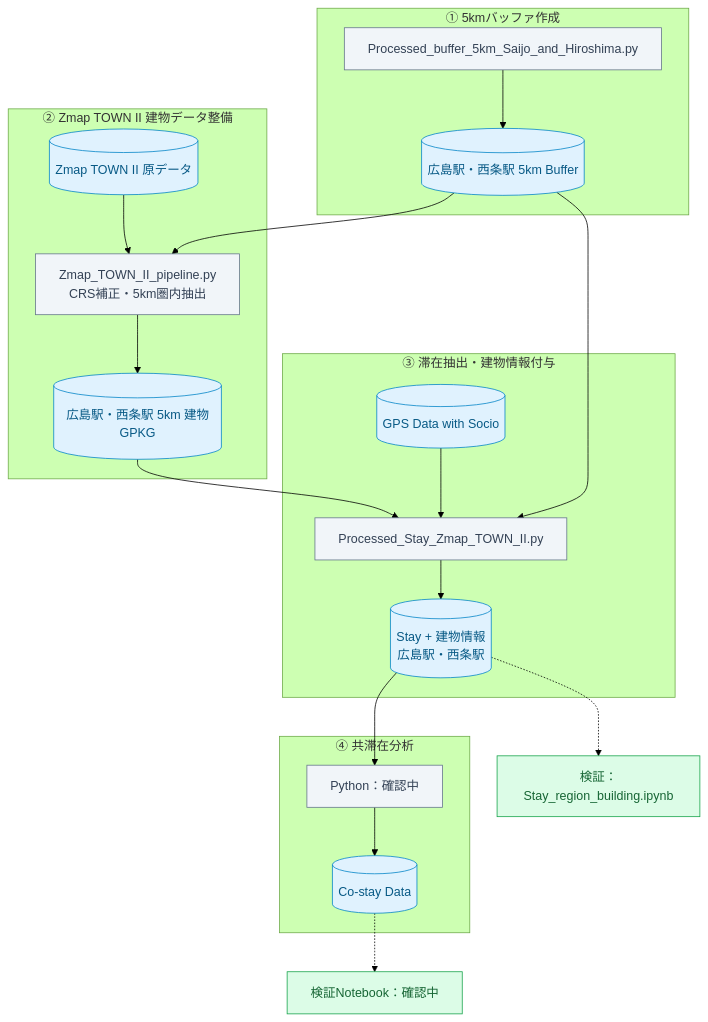
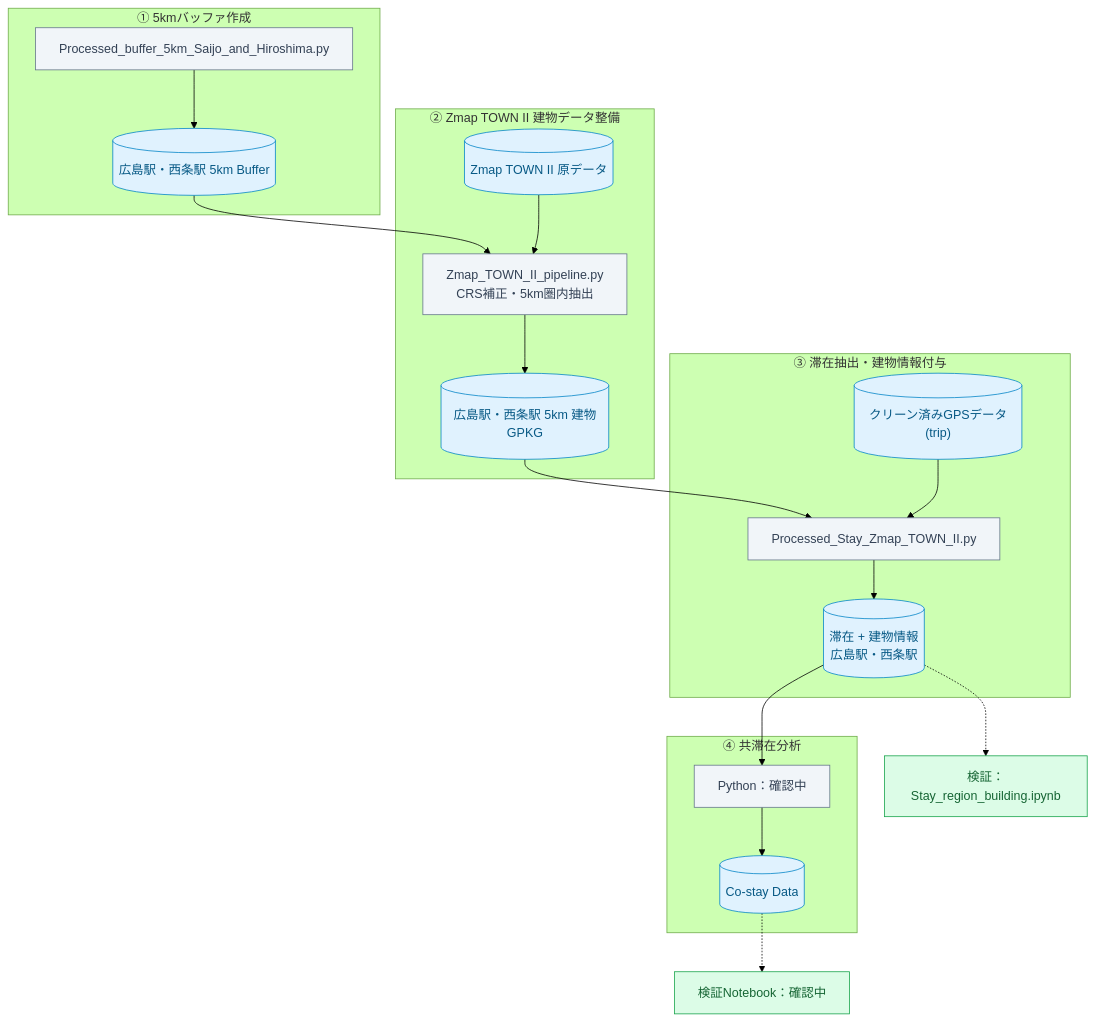
Before and after one commit to shokiiiiii/gps-research-website: the diagram in docs/01_workflow/index.md, drawn with Mermaid (forest theme). The commit also changed other lines of this file, not shown here.

Commit message:
Update website

````diff
--- a/docs/01_workflow/index.md
+++ b/docs/01_workflow/index.md
@@ -6,44 +6,43 @@
 ```mermaid
 flowchart TD
     subgraph S1["① 5kmバッファ作成"]
         A["Processed_buffer_5km_Saijo_and_Hiroshima.py"]
         B[("広島駅・西条駅 5km Buffer")]
         A --> B
     end
 
     subgraph S2["② Zmap TOWN II 建物データ整備"]
         C[("Zmap TOWN II 原データ")]
         D["Zmap_TOWN_II_pipeline.py<br/>CRS補正・5km圏内抽出"]
         E[("広島駅・西条駅 5km 建物GPKG")]
         B --> D
         C --> D
         D --> E
     end
 
     subgraph S3["③ 滞在抽出・建物情報付与"]
-        F[("GPS Data with Socio")]
+        F[("クリーン済みGPSデータ(trip)")]
         G["Processed_Stay_Zmap_TOWN_II.py"]
-        H[("Stay + 建物情報<br/>広島駅・西条駅")]
+        H[("滞在 + 建物情報<br/>広島駅・西条駅")]
         E --> G
-        B --> G
         F --> G
         G --> H
     end
 
     subgraph S4["④ 共滞在分析"]
         I["Python：確認中"]
         J[("Co-stay Data")]
         H --> I --> J
     end
 
     H -.-> K["検証：Stay_region_building.ipynb"]
     J -.-> L["検証Notebook：確認中"]
 
     classDef data fill:#E0F2FE,stroke:#0284C7,color:#075985
     classDef script fill:#F1F5F9,stroke:#64748B,color:#334155
     classDef check fill:#DCFCE7,stroke:#16A34A,color:#166534
 
     class B,C,E,F,H,J data
     class A,D,G,I script
     class K,L check
 ```
````
